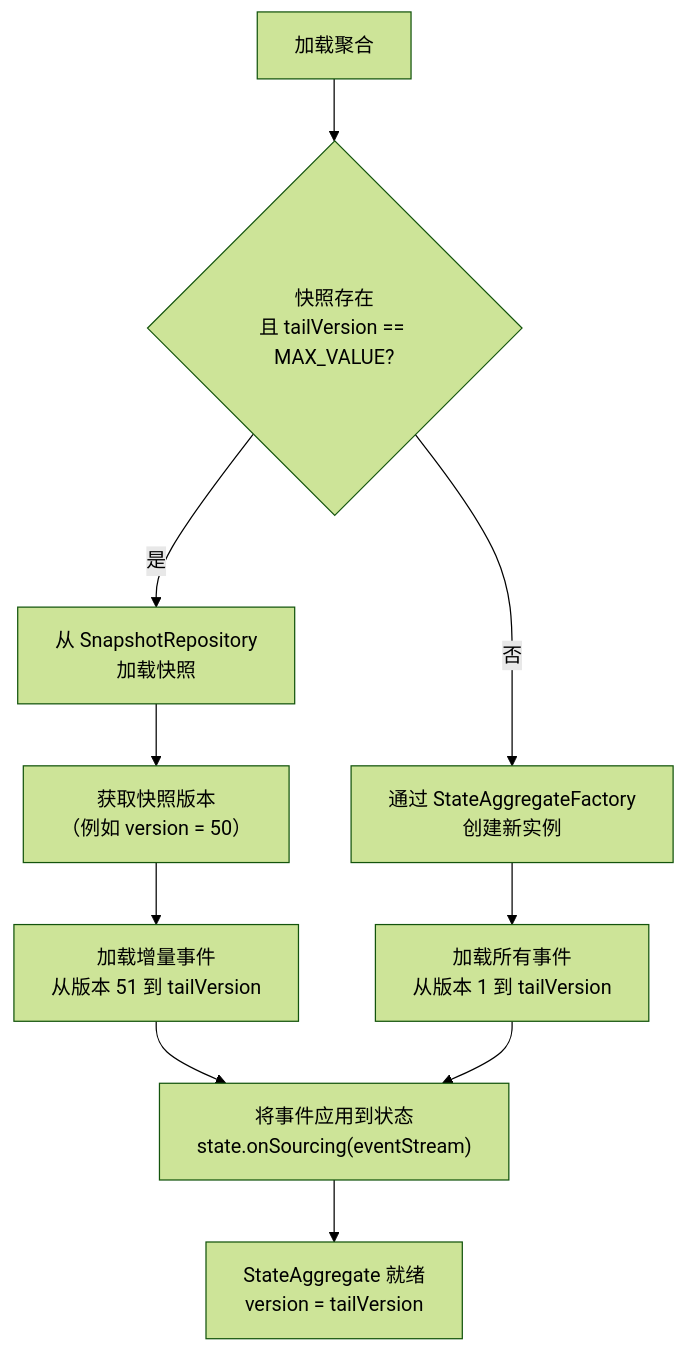
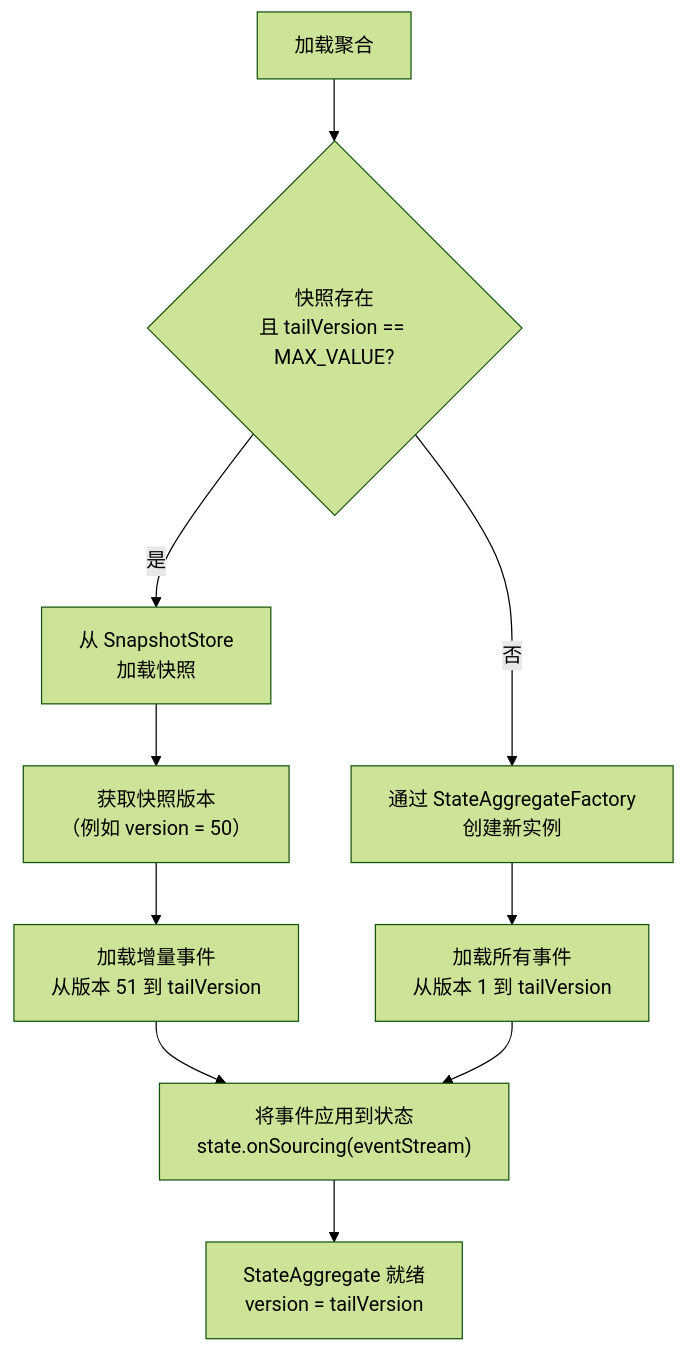
The fourth of 4 diagrams in documentation/docs/zh/guide/advanced/aggregate-lifecycle.md (Ahoo-Wang/Wow), drawn with Mermaid (forest theme) before and after one commit. The commit also changed other lines of this file and 36 other files, not shown here.

````diff
--- a/documentation/docs/zh/guide/advanced/aggregate-lifecycle.md
+++ b/documentation/docs/zh/guide/advanced/aggregate-lifecycle.md
@@ -431,13 +431,13 @@
 ```mermaid
 flowchart TD
     A["加载聚合"] --> B{"快照存在<br>且 tailVersion == MAX_VALUE?"}
-    B -->|"是"| C["从 SnapshotRepository<br>加载快照"]
+    B -->|"是"| C["从 SnapshotStore<br>加载快照"]
     B -->|"否"| D["通过 StateAggregateFactory<br>创建新实例"]
     C --> E["获取快照版本<br>（例如 version = 50）"]
     E --> F["加载增量事件<br>从版本 51 到 tailVersion"]
     D --> G["加载所有事件<br>从版本 1 到 tailVersion"]
     F --> H["将事件应用到状态<br>state.onSourcing(eventStream)"]
     G --> H
     H --> I["StateAggregate 就绪<br>version = tailVersion"]
 
 ```
````
